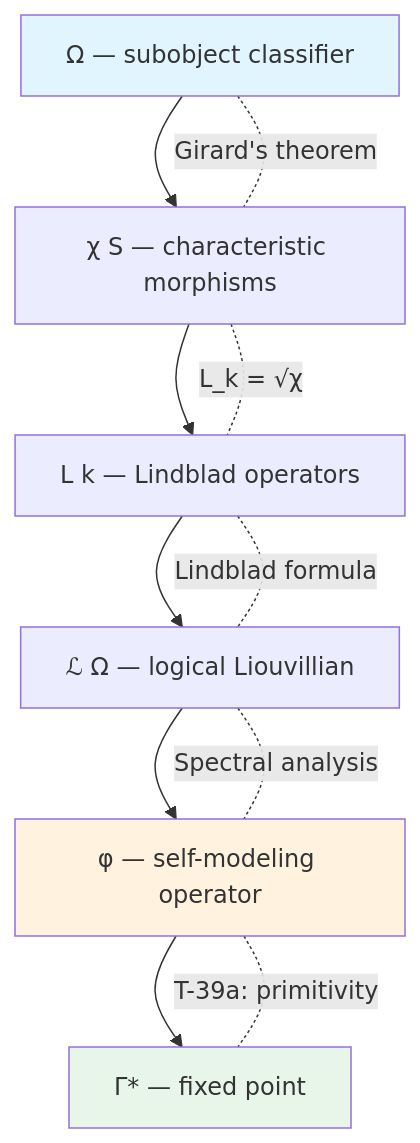
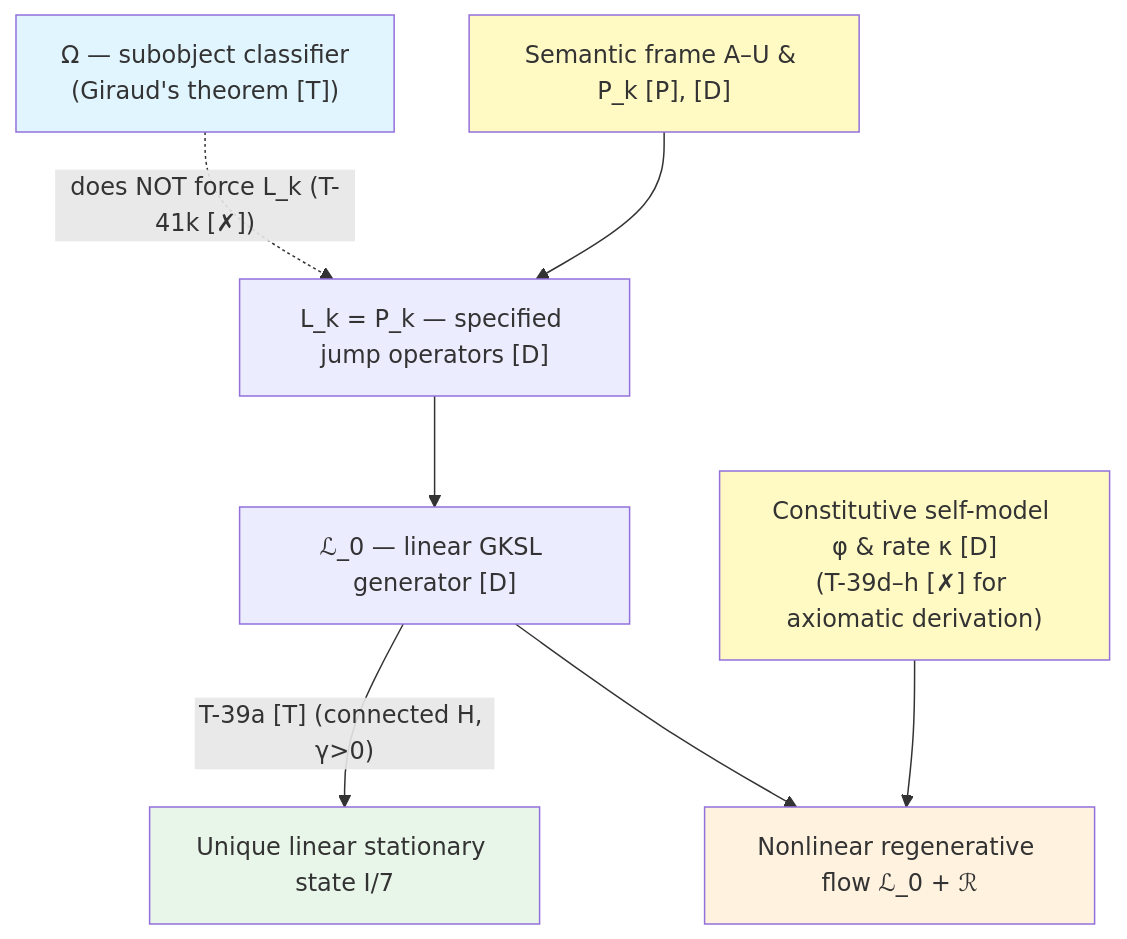
The second of 3 diagrams in website/docs/applied/coherence-cybernetics/axiomatics.md (gst-st/uhm), drawn with Mermaid before and after one commit. The commit also changed other lines of this file and 376 other files, not shown here.

First line of the commit message:
Refactor UHM canon, decontaminate architecture, and verify EN/RU parity

````diff
--- a/website/docs/applied/coherence-cybernetics/axiomatics.md
+++ b/website/docs/applied/coherence-cybernetics/axiomatics.md
@@ -351,18 +260,15 @@
 ```mermaid
 graph TD
-    O["Ω — subobject classifier"] --> CHI["χ S — characteristic morphisms"]
-    CHI --> LK["L k — Lindblad operators"]
-    LK --> LO["ℒ Ω — logical Liouvillian"]
-    LO --> PHI["φ — self-modeling operator"]
-    PHI --> FP["Γ* — fixed point"]
-
-    O -.- |"Girard's theorem"| CHI
-    CHI -.- |"L_k = √χ"| LK
-    LK -.- |"Lindblad formula"| LO
-    LO -.- |"Spectral analysis"| PHI
-    PHI -.- |"T-39a: primitivity"| FP
+    O["Ω — subobject classifier<br/>(Giraud's theorem [T])"] -.-> |"does NOT force L_k (T-41k [✗])"| LK
+    FRAME["Semantic frame A–U & P_k [P], [D]"] --> LK["L_k = P_k — specified jump operators [D]"]
+    LK --> LO["ℒ_0 — linear GKSL generator [D]"]
+    LO --> |"T-39a [T] (connected H, γ>0)"| I7["Unique linear stationary state I/7"]
+    CONST["Constitutive self-model φ & rate κ [D]<br/>(T-39d–h [✗] for axiomatic derivation)"] --> NONLIN["Nonlinear regenerative flow ℒ_0 + ℛ"]
+    LO --> NONLIN
 
     style O fill:#e1f5fe
-    style PHI fill:#fff3e0
-    style FP fill:#e8f5e9
+    style FRAME fill:#fff9c4
+    style CONST fill:#fff9c4
+    style I7 fill:#e8f5e9
+    style NONLIN fill:#fff3e0
 ```
````
